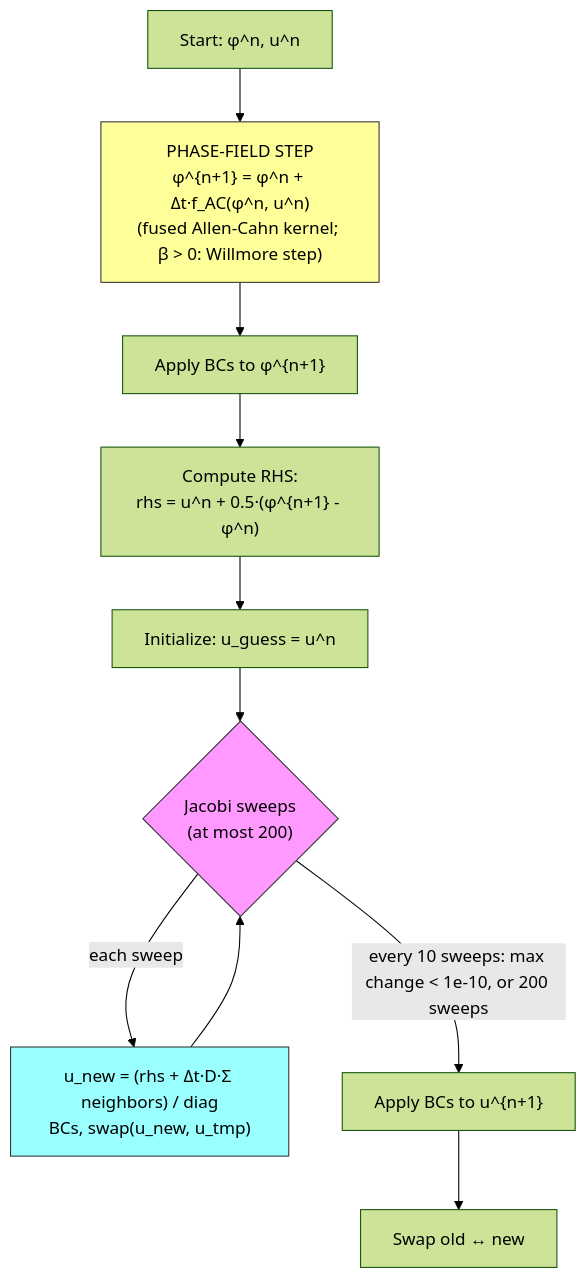
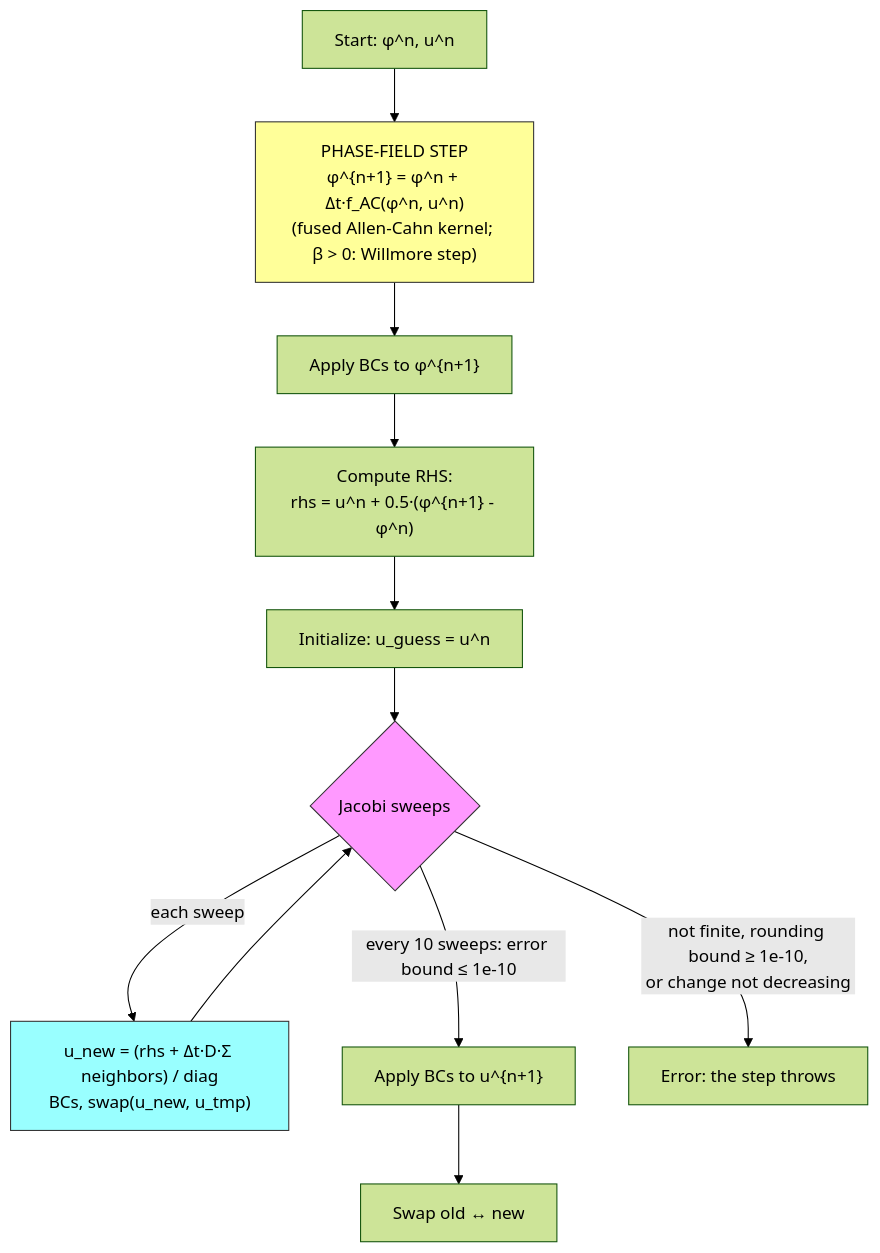
The tenth of 12 diagrams in docs/THEORY.md (myousefi2016/Allen-Cahn-CUDA), drawn with Mermaid (forest theme) before and after one commit. The commit also changed other lines of this file and 15 other files, not shown here.

````diff
--- a/docs/THEORY.md
+++ b/docs/THEORY.md
@@ -990,15 +991,16 @@
 ```mermaid
 flowchart TD
     A["Start: φ^n, u^n"] --> EX["PHASE-FIELD STEP<br/>φ^{n+1} = φ^n + Δt·f_AC(φ^n, u^n)<br/>(fused Allen-Cahn kernel; β > 0: Willmore step)"]
     EX --> BC1["Apply BCs to φ^{n+1}"]
     BC1 --> RHS["Compute RHS:<br/>rhs = u^n + 0.5·(φ^{n+1} - φ^n)"]
     RHS --> INIT["Initialize: u_guess = u^n"]
-    INIT --> LOOP{"Jacobi sweeps<br/>(at most 200)"}
+    INIT --> LOOP{"Jacobi sweeps"}
     LOOP -->|"each sweep"| JAC["u_new = (rhs + Δt·D·Σ neighbors) / diag<br/>BCs, swap(u_new, u_tmp)"]
     JAC --> LOOP
-    LOOP -->|"every 10 sweeps: max change < 1e-10, or 200 sweeps"| BC2["Apply BCs to u^{n+1}"]
+    LOOP -->|"every 10 sweeps: error bound ≤ 1e-10"| BC2["Apply BCs to u^{n+1}"]
+    LOOP -->|"not finite, rounding bound ≥ 1e-10,<br/>or change not decreasing"| ERR["Error: the step throws"]
     BC2 --> SWAP["Swap old ↔ new"]
     style EX fill:#ff9,stroke:#333
     style JAC fill:#9ff,stroke:#333
     style LOOP fill:#f9f,stroke:#333
 ```
````
